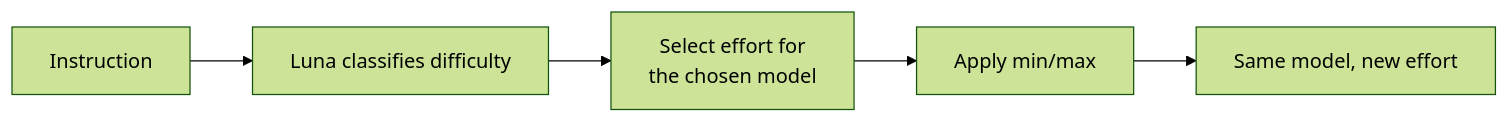
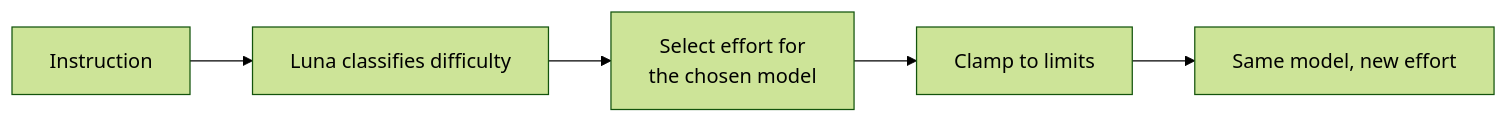
One commit to MametaroGG/OpenCode-Codex-AutoReasoning changed the diagram in README.en.md. Above: the diagram before and after it, drawn with Mermaid (forest theme). The commit also changed 1 other file, not shown here.

Commit message:
Clarify the min/max step in the README diagrams
Label the configured effort bounds step as 'reflect lower/upper limits' in Japanese and 'clamp to limits' in English.

````diff
--- a/README.en.md
+++ b/README.en.md
@@ -18,7 +18,7 @@
 ```mermaid
 flowchart LR
     A[Instruction] --> B[Luna classifies difficulty]
     B --> C[Select effort for<br/>the chosen model]
-    C --> D[Apply min/max]
+    C --> D[Clamp to limits]
     D --> E[Same model, new effort]
 ```
````
